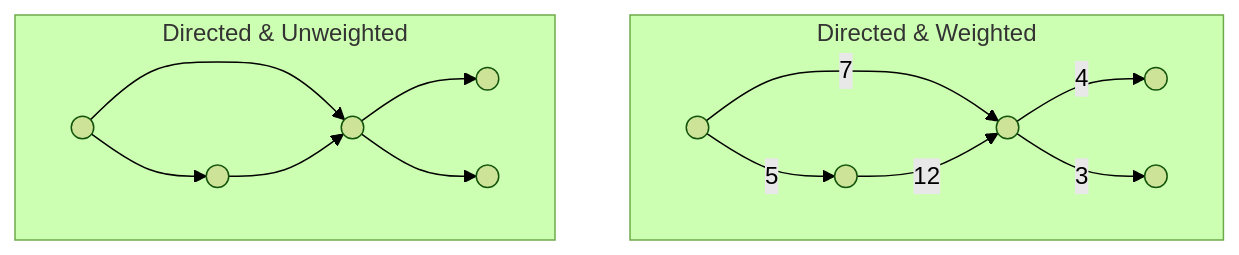
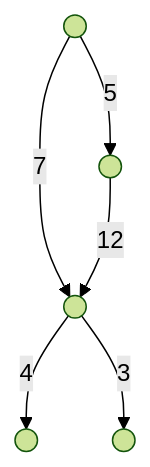
One commit to uncle-yi/uncle-yi.github.io changed the second of 4 diagrams in _posts/2023-01-18-graph-neural-network-basics.md. Above: the diagram before and after it, drawn with Mermaid (forest theme). The commit also changed other lines of this file, not shown here.

````diff
--- a/_posts/2023-01-18-graph-neural-network-basics.md
+++ b/_posts/2023-01-18-graph-neural-network-basics.md
@@ -43,31 +43,15 @@
 ```mermaid
 flowchart TB
 
-subgraph Directed & Weighted
 R1(( ))
 R2(( ))
 R3(( ))
 R4(( ))
 R5(( ))
 
 R1--5-->R2
 R1--7-->R3
 R2--12-->R3
 R3--4-->R4
 R3--3-->R5
-end
-
-subgraph Directed & Unweighted
-L1(( ))
-L2(( ))
-L3(( ))
-L4(( ))
-L5(( ))
-
-L1-->L2
-L1-->L3
-L2-->L3
-L3-->L4
-L3-->L5
-end
 ```
````
